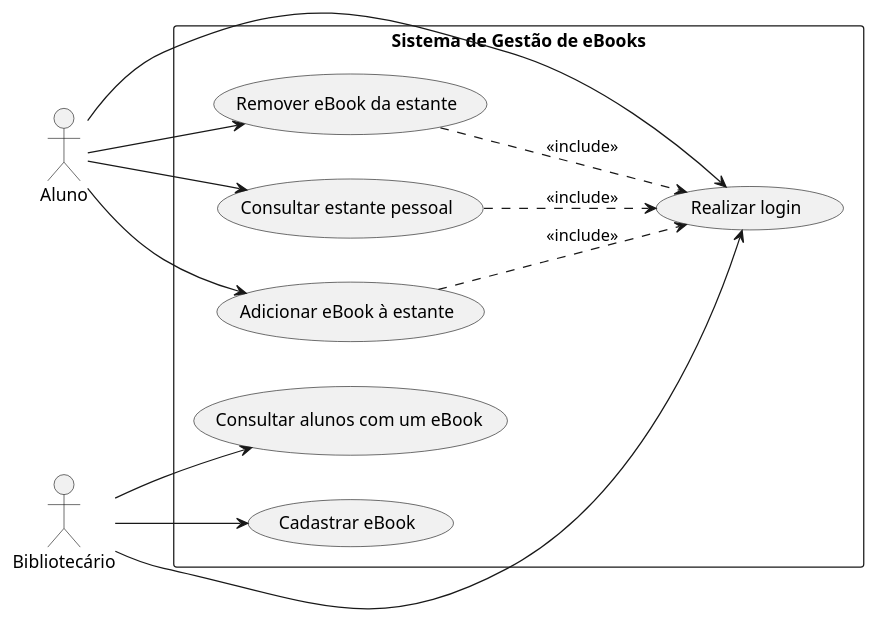
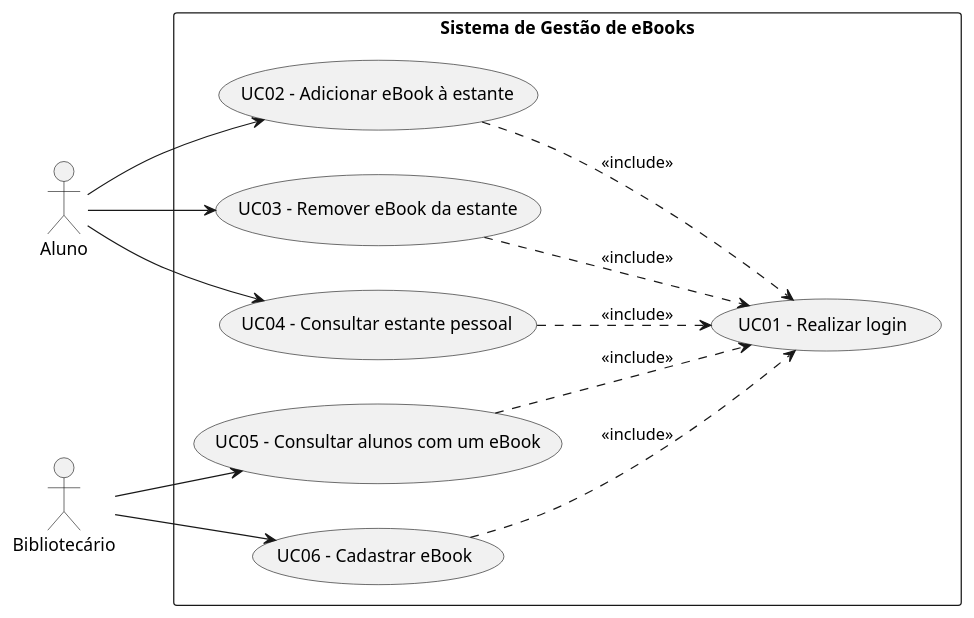
Before and after one commit to najarhenrique/lab01-ebooks-biblioteca: the diagram in docs/diagramas/casos-de-uso.puml, drawn with PlantUML. The commit also changed 1 other file, not shown here.

Commit message:
correcao do diagrama de caso de uso

```diff
--- a/docs/diagramas/casos-de-uso.puml
+++ b/docs/diagramas/casos-de-uso.puml
@@ -1,29 +1,29 @@
 @startuml casos_de_uso
 left to right direction
 skinparam packageStyle rectangle
 
 actor Aluno
 actor Bibliotecario as "Bibliotecário"
 
 rectangle "Sistema de Gestão de eBooks" {
-  usecase "Realizar login" as UC01
-  usecase "Adicionar eBook à estante" as UC02
-  usecase "Remover eBook da estante" as UC03
-  usecase "Consultar estante pessoal" as UC04
-  usecase "Consultar alunos com um eBook" as UC05
-  usecase "Cadastrar eBook" as UC06
+  usecase "UC01 - Realizar login" as UC01
+  usecase "UC02 - Adicionar eBook à estante" as UC02
+  usecase "UC03 - Remover eBook da estante" as UC03
+  usecase "UC04 - Consultar estante pessoal" as UC04
+  usecase "UC05 - Consultar alunos com um eBook" as UC05
+  usecase "UC06 - Cadastrar eBook" as UC06
 }
 
-Aluno --> UC01
 Aluno --> UC02
 Aluno --> UC03
 Aluno --> UC04
 
-Bibliotecario --> UC01
 Bibliotecario --> UC05
 Bibliotecario --> UC06
 
 UC02 ..> UC01 : <<include>>
 UC03 ..> UC01 : <<include>>
 UC04 ..> UC01 : <<include>>
+UC05 ..> UC01 : <<include>>
+UC06 ..> UC01 : <<include>>
 @enduml
```
